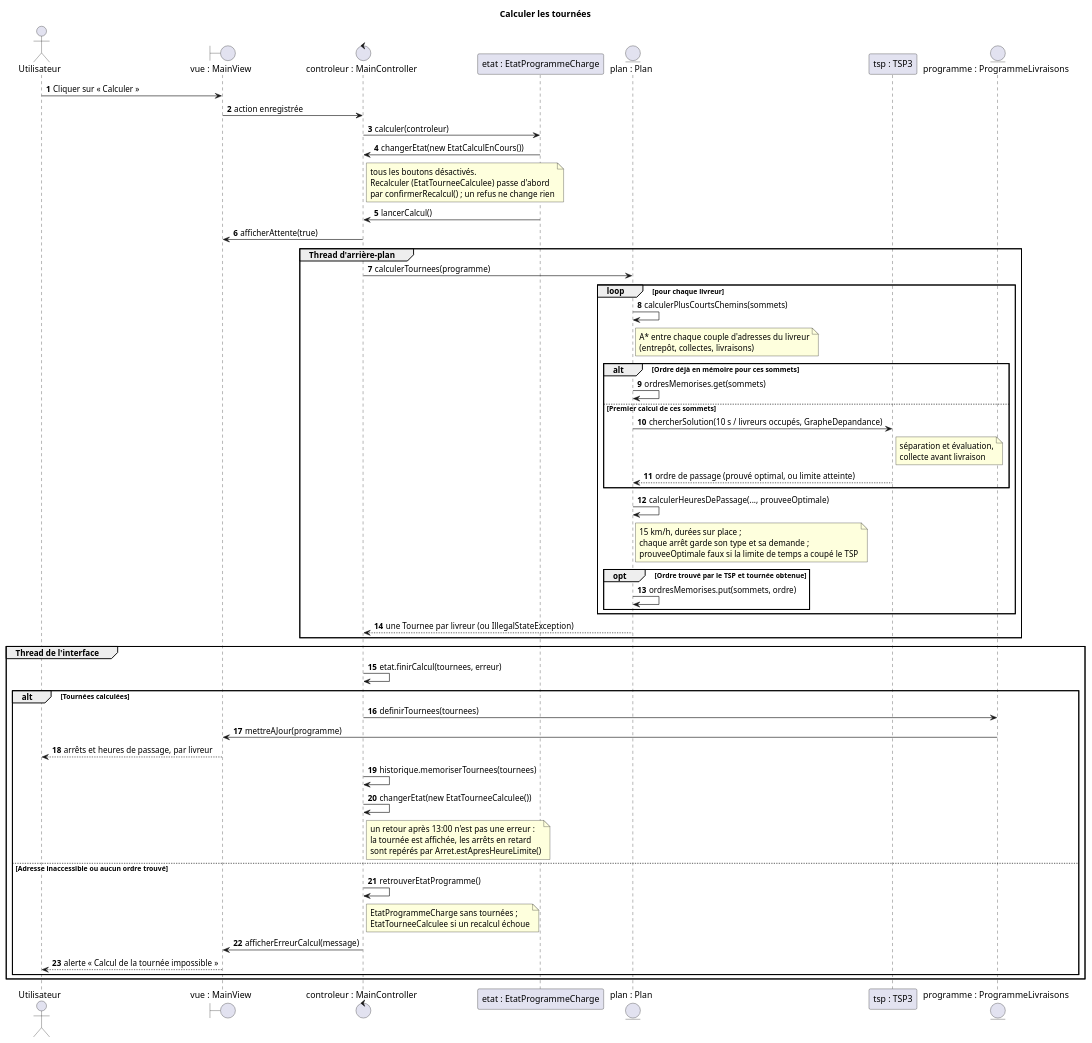
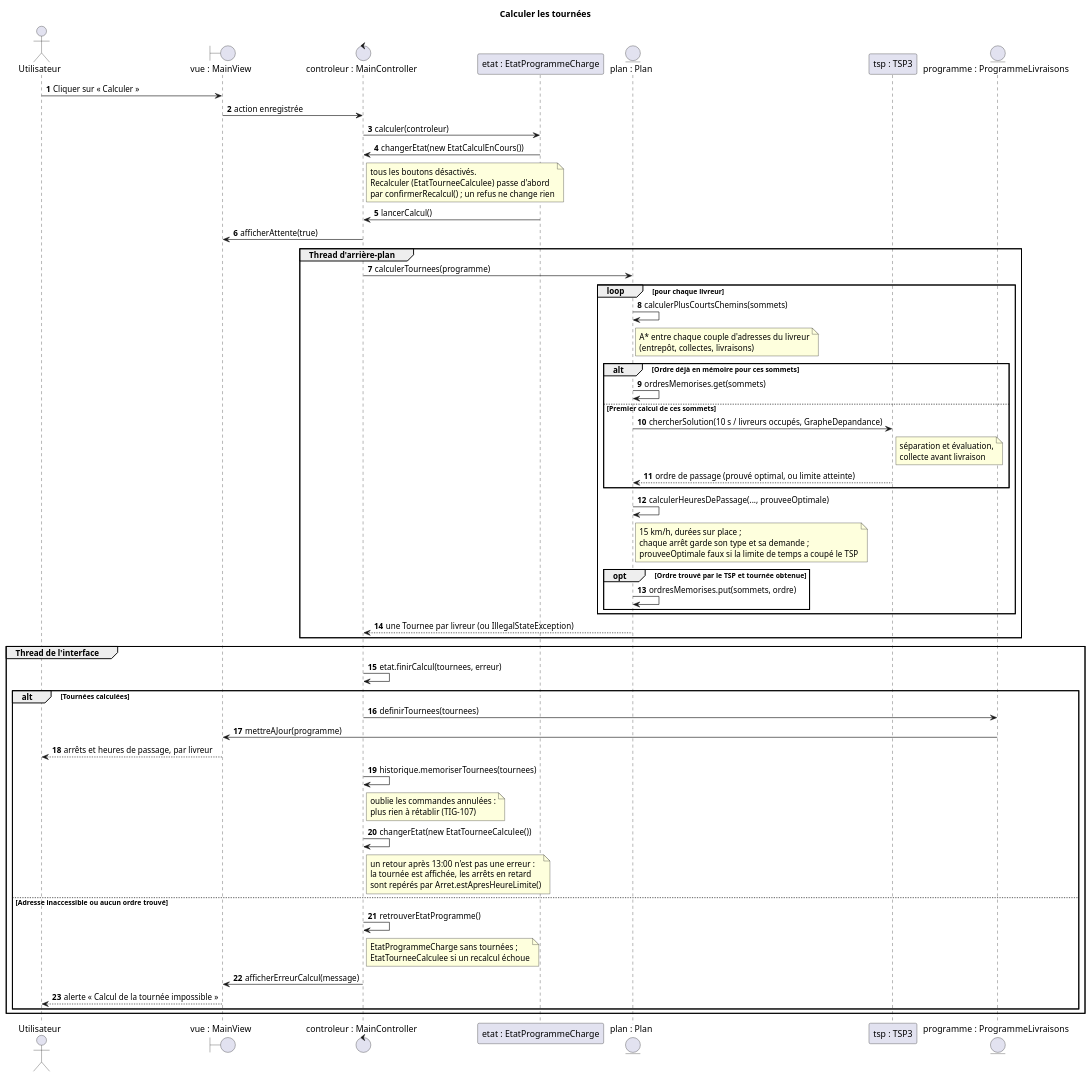
One commit to tristanhp/Optimod-Lyon changed the diagram in docs/diagrams/sequence-calcul-tournee.puml. Above: the diagram before and after it, drawn with PlantUML. The commit also changed 7 other files, not shown here.

Commit message:
fix: Calculer vide l'historique de Rétablir (TIG-107) (#62)

```diff
--- a/docs/diagrams/sequence-calcul-tournee.puml
+++ b/docs/diagrams/sequence-calcul-tournee.puml
@@ -1,54 +1,55 @@
 @startuml sequence-calcul-tournee
 title Calculer les tournées
 autonumber
 actor Utilisateur as U
 boundary "vue : MainView" as V
 control "controleur : MainController" as C
 participant "etat : EtatProgrammeCharge" as E
 entity "plan : Plan" as P
 participant "tsp : TSP3" as T
 entity "programme : ProgrammeLivraisons" as L
 U -> V : Cliquer sur « Calculer »
 V -> C : action enregistrée
 C -> E : calculer(controleur)
 E -> C : changerEtat(new EtatCalculEnCours())
 note right of C : tous les boutons désactivés.\nRecalculer (EtatTourneeCalculee) passe d'abord\npar confirmerRecalcul() ; un refus ne change rien
 E -> C : lancerCalcul()
 C -> V : afficherAttente(true)
 group Thread d'arrière-plan
   C -> P : calculerTournees(programme)
   loop pour chaque livreur
     P -> P : calculerPlusCourtsChemins(sommets)
     note right of P : A* entre chaque couple d'adresses du livreur\n(entrepôt, collectes, livraisons)
     alt Ordre déjà en mémoire pour ces sommets
       P -> P : ordresMemorises.get(sommets)
     else Premier calcul de ces sommets
       P -> T : chercherSolution(10 s / livreurs occupés, GrapheDepandance)
       note right of T : séparation et évaluation,\ncollecte avant livraison
       T --> P : ordre de passage (prouvé optimal, ou limite atteinte)
     end
     P -> P : calculerHeuresDePassage(..., prouveeOptimale)
     note right of P : 15 km/h, durées sur place ;\nchaque arrêt garde son type et sa demande ;\nprouveeOptimale faux si la limite de temps a coupé le TSP
     opt Ordre trouvé par le TSP et tournée obtenue
       P -> P : ordresMemorises.put(sommets, ordre)
     end
   end
   P --> C : une Tournee par livreur (ou IllegalStateException)
 end
 group Thread de l'interface
   C -> C : etat.finirCalcul(tournees, erreur)
   alt Tournées calculées
     C -> L : definirTournees(tournees)
     L -> V : mettreAJour(programme)
     V --> U : arrêts et heures de passage, par livreur
     C -> C : historique.memoriserTournees(tournees)
+    note right of C : oublie les commandes annulées :\nplus rien à rétablir (TIG-107)
     C -> C : changerEtat(new EtatTourneeCalculee())
     note right of C : un retour après 13:00 n'est pas une erreur :\nla tournée est affichée, les arrêts en retard\nsont repérés par Arret.estApresHeureLimite()
   else Adresse inaccessible ou aucun ordre trouvé
     C -> C : retrouverEtatProgramme()
     note right of C : EtatProgrammeCharge sans tournées ;\nEtatTourneeCalculee si un recalcul échoue
     C -> V : afficherErreurCalcul(message)
     V --> U : alerte « Calcul de la tournée impossible »
   end
 end
 @enduml
```
